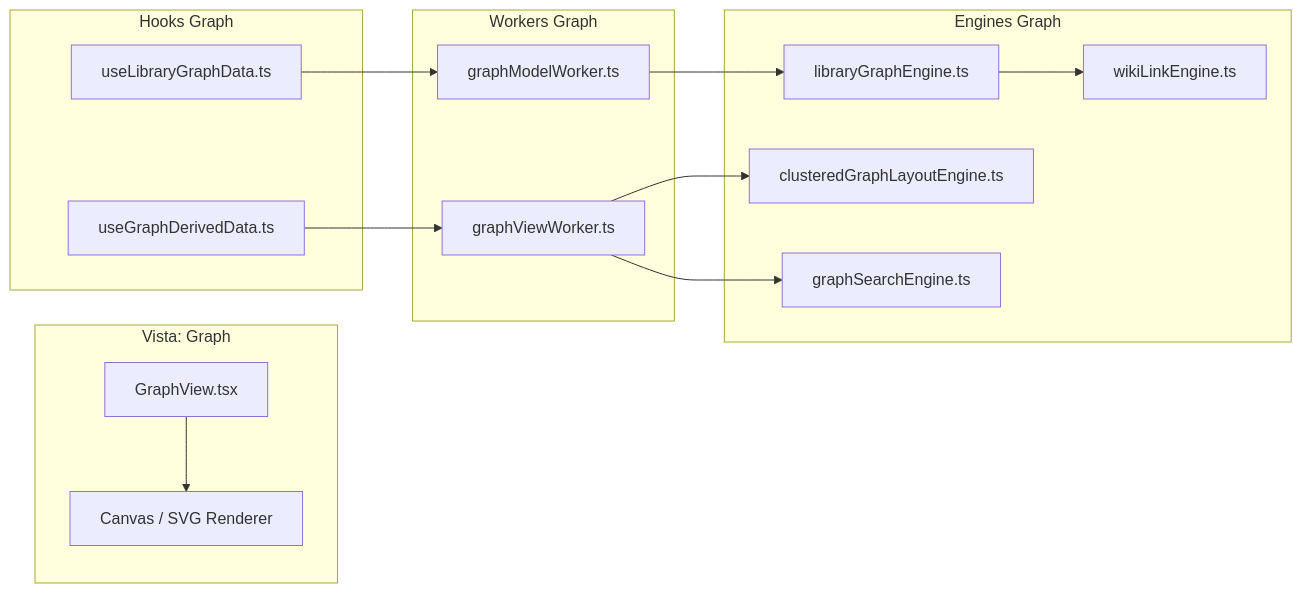
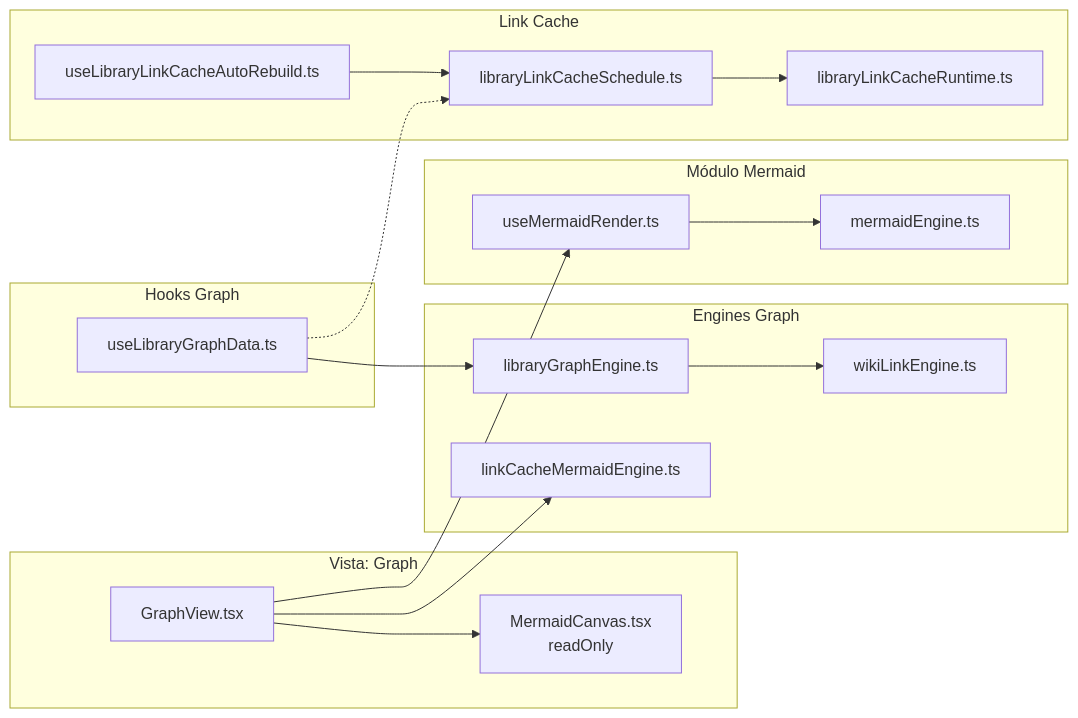
Before and after one commit to GabrielMiuzzi/notia: diagram 24 of 42 in README-TECH.md, drawn with Mermaid. The commit also changed other lines of this file and 23 other files, not shown here.

First line of the commit message:
feat(graph,mermaid): Graph View via Mermaid, linkCache auto-rebuild, lazy inline renders

````diff
--- a/README-TECH.md
+++ b/README-TECH.md
@@ -1952,32 +1967,38 @@
 ```mermaid
 graph LR
     subgraph GraphView["Vista: Graph"]
         GraphViewComp["GraphView.tsx"]
-        Canvas["Canvas / SVG Renderer"]
+        Canvas["MermaidCanvas.tsx<br/>readOnly"]
     end
 
     subgraph GraphHooks["Hooks Graph"]
         GraphData["useLibraryGraphData.ts"]
-        GraphDerived["useGraphDerivedData.ts"]
-    end
-
-    subgraph GraphWorkers["Workers Graph"]
-        ModelWorker["graphModelWorker.ts"]
-        ViewWorker["graphViewWorker.ts"]
     end
 
     subgraph GraphEngines["Engines Graph"]
         LibGraph["libraryGraphEngine.ts"]
-        Layout["clusteredGraphLayoutEngine.ts"]
-        Search["graphSearchEngine.ts"]
         WikiLink["wikiLinkEngine.ts"]
+        LinkMermaid["linkCacheMermaidEngine.ts"]
+    end
+
+    subgraph MermaidModule["Módulo Mermaid"]
+        MermaidEngine["mermaidEngine.ts"]
+        MermaidRender["useMermaidRender.ts"]
+    end
+
+    subgraph GraphCache["Link Cache"]
+        CacheRuntime["libraryLinkCacheRuntime.ts"]
+        CacheSchedule["libraryLinkCacheSchedule.ts"]
+        CacheHook["useLibraryLinkCacheAutoRebuild.ts"]
     end
 
     GraphViewComp --> Canvas
-    GraphData --> ModelWorker
-    ModelWorker --> LibGraph
+    GraphViewComp --> LinkMermaid
+    GraphData --> LibGraph
     LibGraph --> WikiLink
-    GraphDerived --> ViewWorker
-    ViewWorker --> Layout
-    ViewWorker --> Search
+    GraphViewComp --> MermaidRender
+    MermaidRender --> MermaidEngine
+    GraphData -.-> CacheSchedule
+    CacheSchedule --> CacheRuntime
+    CacheHook --> CacheSchedule
 ```
````
